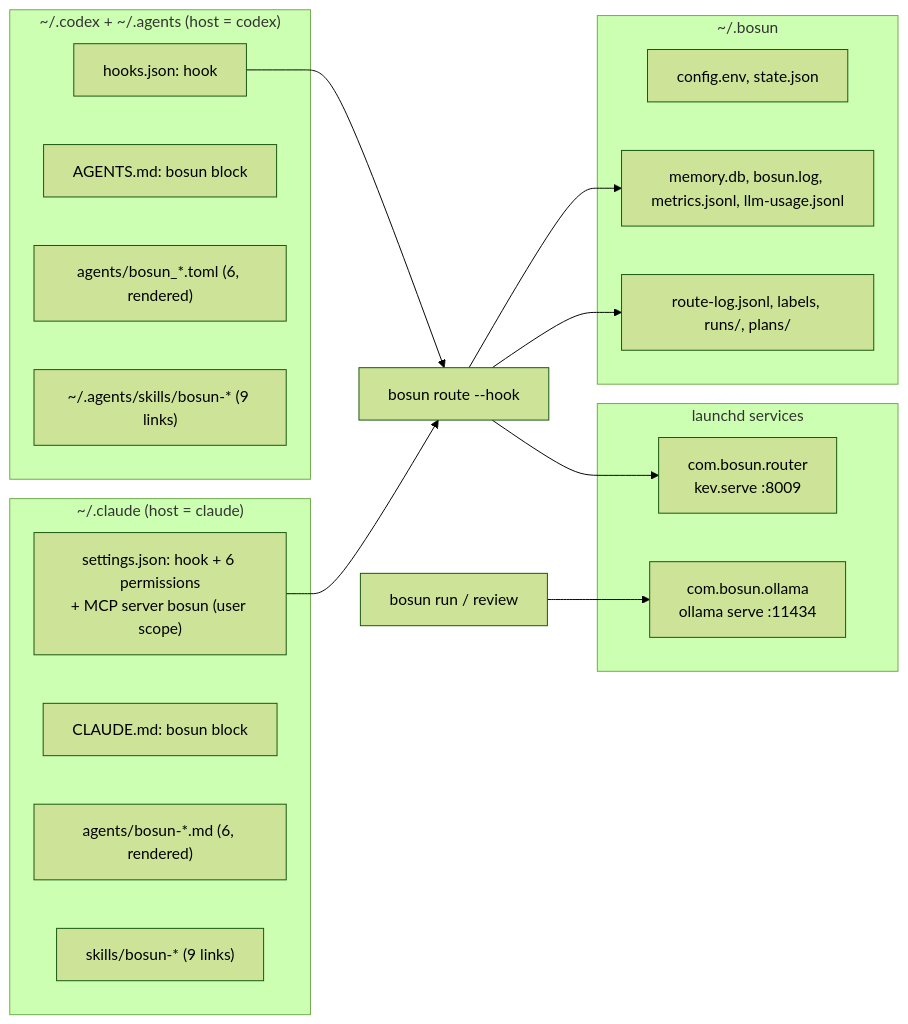
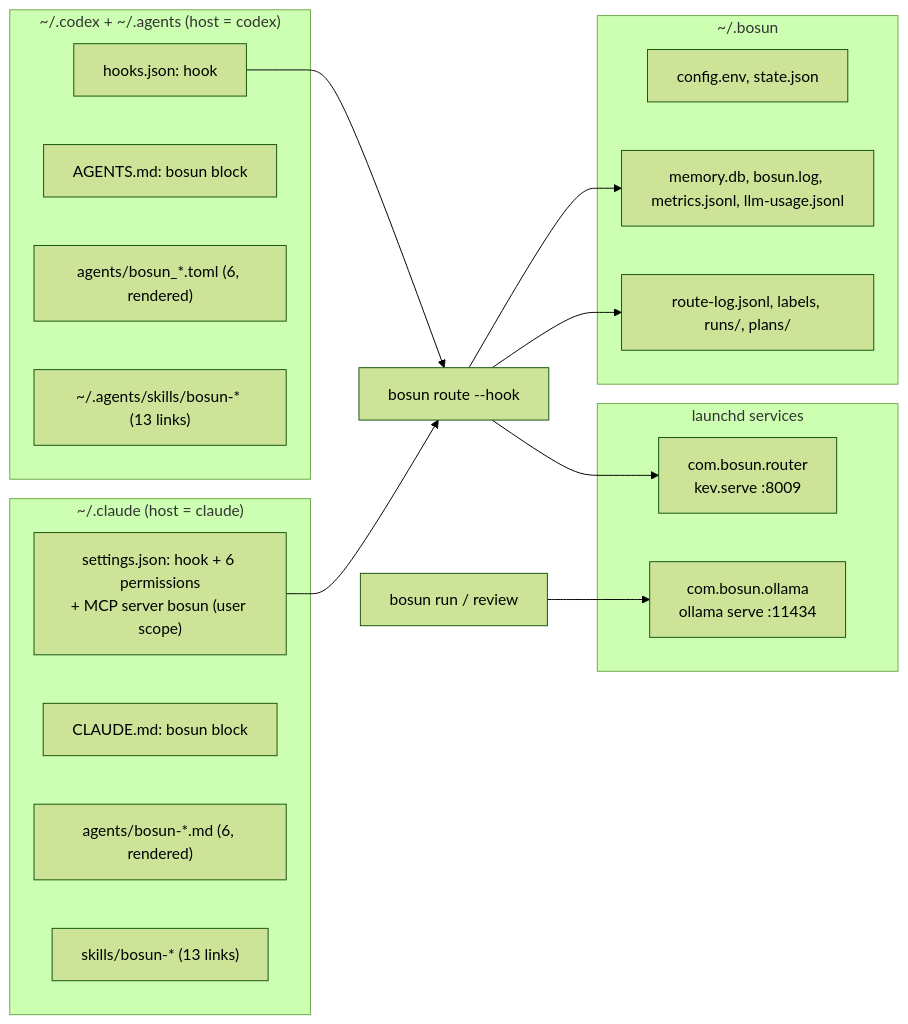
The fifth of 5 diagrams in README.md (vprodan/bosun), drawn with Mermaid (forest theme) before and after one commit. The commit also changed other lines of this file and 11 other files, not shown here.

````diff
--- a/README.md
+++ b/README.md
@@ -167,30 +191,30 @@
 ```mermaid
 flowchart LR
   subgraph LD["launchd services"]
     OLS["com.bosun.ollama<br/>ollama serve :11434"]
     KVS["com.bosun.router<br/>kev.serve :8009"]
   end
   subgraph CL["~/.claude (host = claude)"]
     CS["settings.json: hook + 6 permissions<br/>+ MCP server bosun (user scope)"]
     CM["CLAUDE.md: bosun block"]
     CA["agents/bosun-*.md (6, rendered)"]
-    CK["skills/bosun-* (9 links)"]
+    CK["skills/bosun-* (13 links)"]
   end
   subgraph CX["~/.codex + ~/.agents (host = codex)"]
     XH["hooks.json: hook"]
     XM["AGENTS.md: bosun block"]
     XA["agents/bosun_*.toml (6, rendered)"]
-    XK["~/.agents/skills/bosun-* (9 links)"]
+    XK["~/.agents/skills/bosun-* (13 links)"]
   end
   subgraph ST["~/.bosun"]
     CFG["config.env, state.json"]
     LOG["route-log.jsonl, labels, runs/, plans/"]
     MDB["memory.db, bosun.log, metrics.jsonl, llm-usage.jsonl"]
   end
   CS --> RT["bosun route --hook"]
   XH --> RT
   RT --> KVS
   RT --> LOG
   RT --> MDB
   RUN["bosun run / review"] --> OLS
 ```
````
